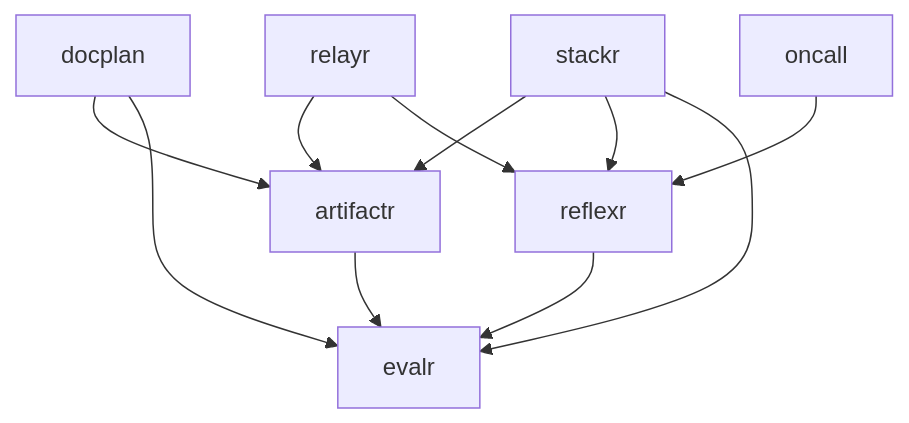
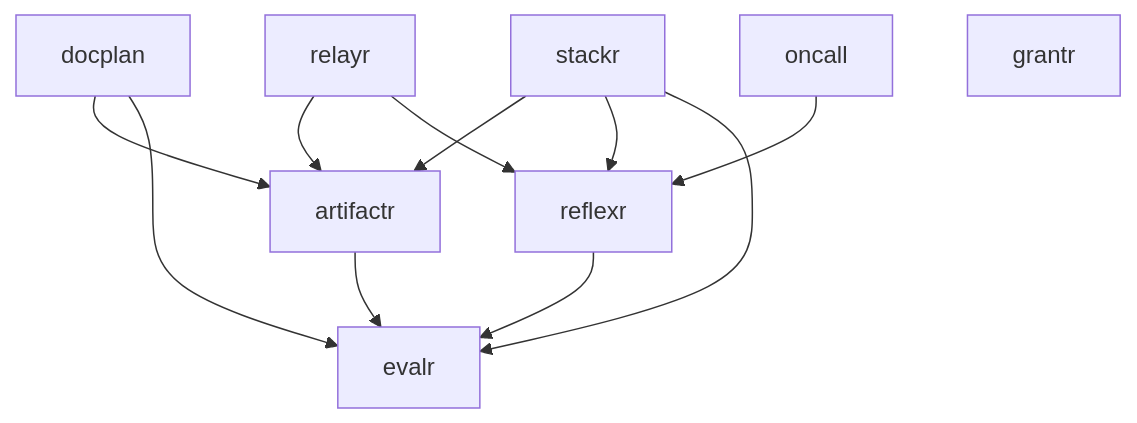
The diagram in docs/architecture.md (alexnodeland/lattice), drawn with Mermaid before and after one commit. The commit also changed other lines of this file and 37 other files, not shown here.

````diff
--- a/docs/architecture.md
+++ b/docs/architecture.md
@@ -71,13 +73,14 @@
 ```mermaid
 graph TD
     relayr --> artifactr
     relayr --> reflexr
     docplan --> artifactr
     docplan --> evalr
     oncall --> reflexr
     stackr --> artifactr
     stackr --> reflexr
     stackr --> evalr
     artifactr --> evalr
     reflexr --> evalr
+    grantr
 ```
````
